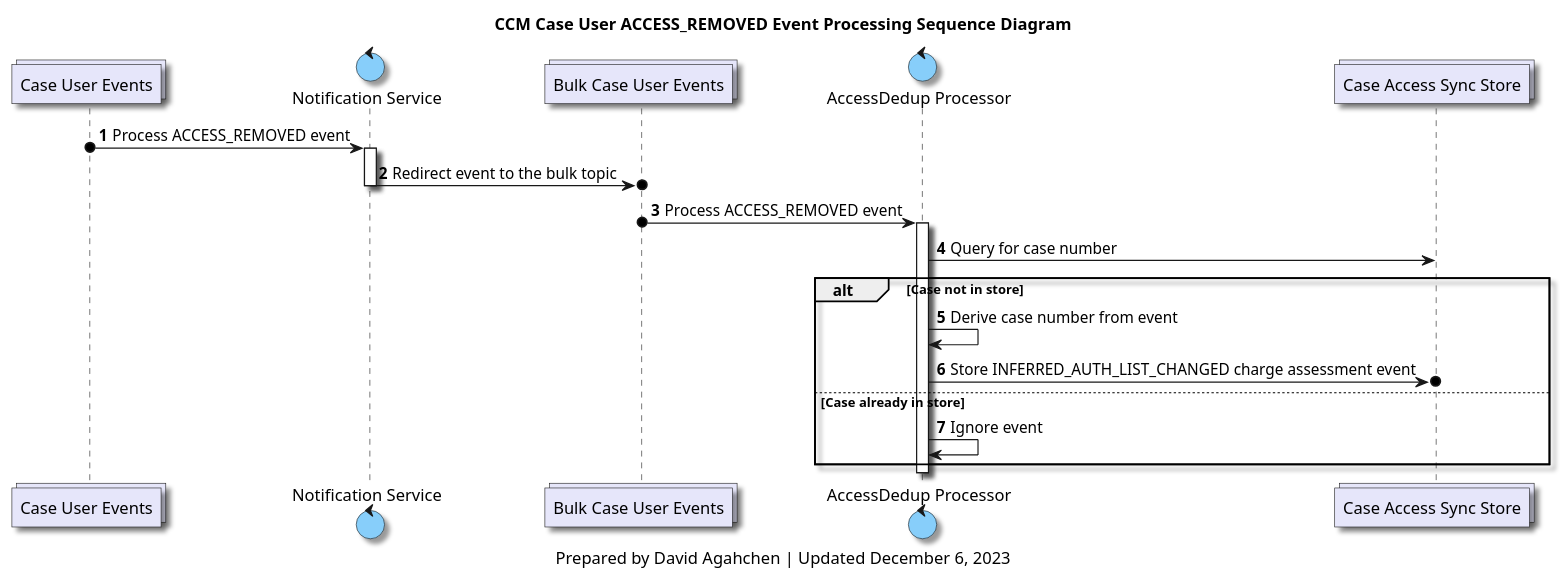
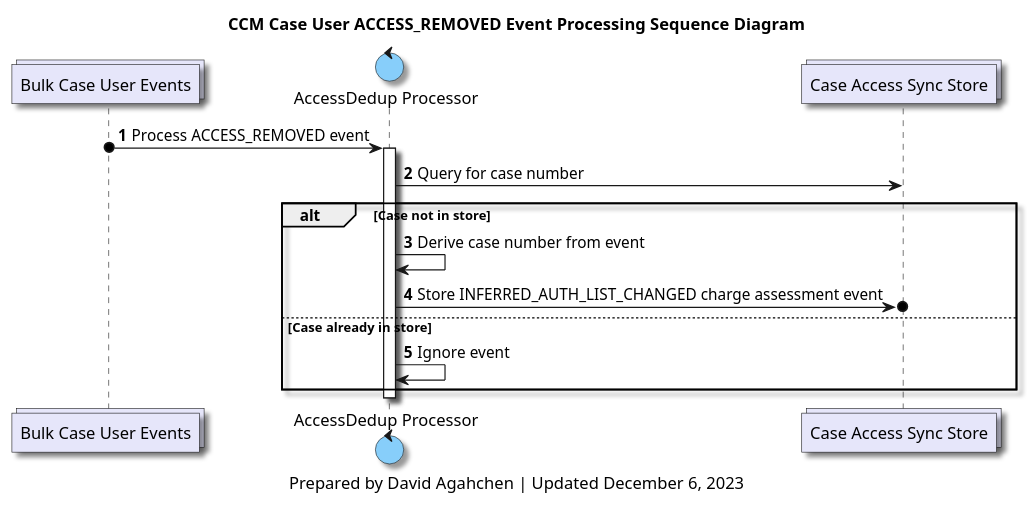
The diagram in diagrams/ccm_case_user_access_removed_processing_sequence_diagram.plantuml (bcgov/jpss-jade-ccm), drawn with PlantUML before and after one commit. The commit also changed 11 other files, not shown here.

Commit message:
Simplify case user event processing logic

```diff
--- a/diagrams/ccm_case_user_access_removed_processing_sequence_diagram.plantuml
+++ b/diagrams/ccm_case_user_access_removed_processing_sequence_diagram.plantuml
@@ -1,48 +1,41 @@
 @startuml
 'hide footbox
 
 skinparam Shadowing true
 skinparam CollectionsBackgroundColor Lavender
 skinparam ControlBackgroundColor LightSkyBlue
 skinparam BoundaryBackgroundColor LightGrey
 
 /' 
 Available colours
 https://plantuml-documentation.readthedocs.io/en/latest/formatting/color-names.html
 '/
 
-collections case_users_topic as "Case User Events"
-control notification_service as "Notification Service"
 collections bulk_case_users_topic as "Bulk Case User Events"
 control accessdedup_processor as "AccessDedup Processor"
 collections case_access_sync_store as "Case Access Sync Store"
 
 title
 CCM Case User ACCESS_REMOVED Event Processing Sequence Diagram
 end title
 
 autonumber
-
-case_users_topic o-> notification_service : Process ACCESS_REMOVED event
-activate notification_service
-notification_service ->o bulk_case_users_topic : Redirect event to the bulk topic
-deactivate notification_service
 
 bulk_case_users_topic o-> accessdedup_processor : Process ACCESS_REMOVED event
 activate accessdedup_processor
 
 accessdedup_processor -> case_access_sync_store: Query for case number
 
 alt Case not in store
     accessdedup_processor -> accessdedup_processor: Derive case number from event
     accessdedup_processor ->o case_access_sync_store: Store INFERRED_AUTH_LIST_CHANGED charge assessment event
 else Case already in store
     accessdedup_processor -> accessdedup_processor: Ignore event
 end
 
 deactivate accessdedup_processor
 
 caption
 Prepared by David Agahchen | Updated December 6, 2023
 end caption
 @enduml
```
